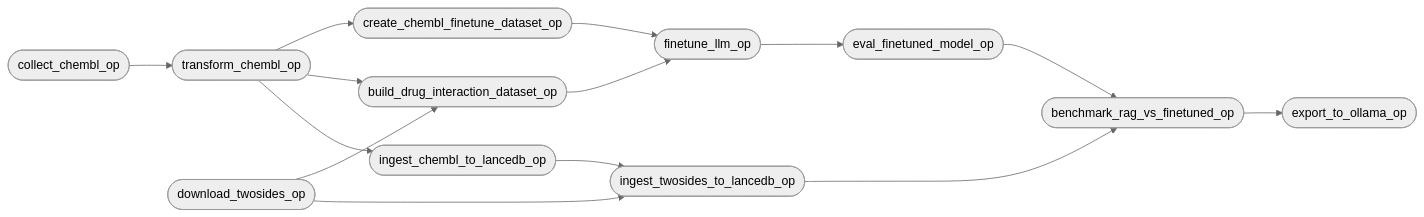
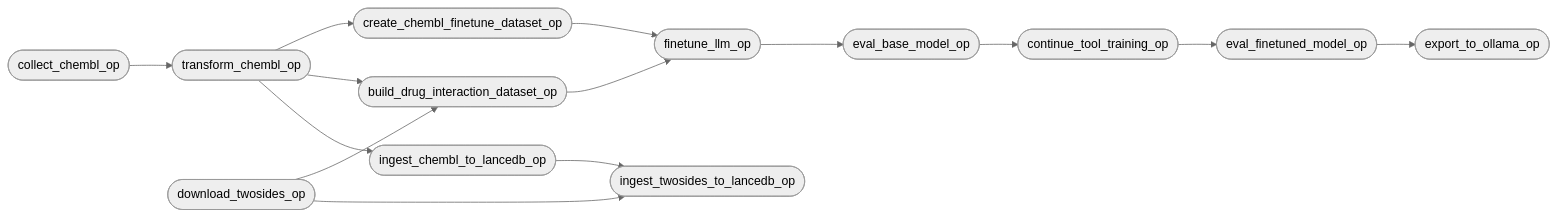
Before and after one commit to AymanSulaiman/chem_mlops: the first of 4 diagrams in app/orchestration/README.md, drawn with Mermaid (neutral theme). The commit also changed other lines of this file and 43 other files, not shown here.

````diff
--- a/app/orchestration/README.md
+++ b/app/orchestration/README.md
@@ -21,20 +21,20 @@
 ```mermaid
 flowchart LR
     A([collect_chembl_op]) --> B([transform_chembl_op])
     S3([download_twosides_op]) --> DDI
 
     B --> C([create_chembl_finetune_dataset_op])
     B --> DDI([build_drug_interaction_dataset_op])
     B --> E([ingest_chembl_to_lancedb_op])
 
     E --> TW([ingest_twosides_to_lancedb_op])
     S3 --> TW
 
     C --> F([finetune_llm_op])
     DDI --> F
 
-    F --> G([eval_finetuned_model_op])
-    G --> BM([benchmark_rag_vs_finetuned_op])
-    TW --> BM
-    BM --> H([export_to_ollama_op])
+    F --> EVB([eval_base_model_op])
+    EVB --> CTT([continue_tool_training_op])
+    CTT --> G([eval_finetuned_model_op])
+    G --> H([export_to_ollama_op])
 ```
````
